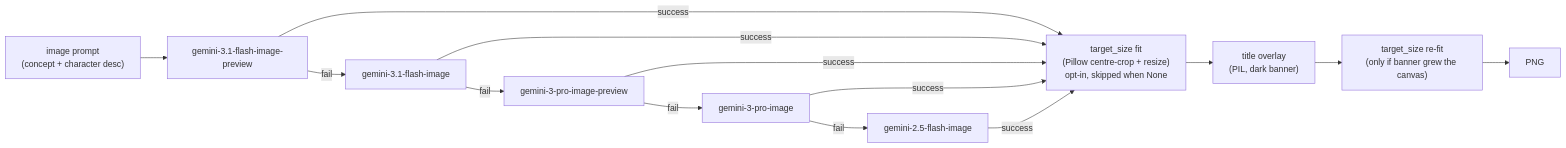
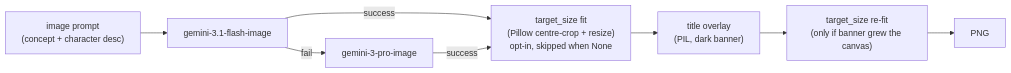
The sixth of 10 diagrams in docs/architecture.md (josemrsantos/gata), drawn with Mermaid before and after one commit. The commit also changed other lines of this file and 31 other files, not shown here.

````diff
--- a/docs/architecture.md
+++ b/docs/architecture.md
@@ -353,23 +353,17 @@
 ```mermaid
 flowchart LR
     IN["image prompt\n(concept + character desc)"]
-    M1["gemini-3.1-flash-image-preview"]
-    M2["gemini-3.1-flash-image"]
-    M3["gemini-3-pro-image-preview"]
-    M4["gemini-3-pro-image"]
-    M5["gemini-2.5-flash-image"]
+    M1["gemini-3.1-flash-image"]
+    M2["gemini-3-pro-image"]
     TS1["target_size fit\n(Pillow centre-crop + resize)\nopt-in, skipped when None"]
     TL["title overlay\n(PIL, dark banner)"]
     TS2["target_size re-fit\n(only if banner grew the canvas)"]
     OUT["PNG"]
 
     IN --> M1
     M1 -->|"fail"| M2
-    M2 -->|"fail"| M3
-    M3 -->|"fail"| M4
-    M4 -->|"fail"| M5
-    M1 & M2 & M3 & M4 & M5 -->|"success"| TS1
+    M1 & M2 -->|"success"| TS1
     TS1 --> TL
     TL --> TS2
     TS2 --> OUT
 ```
````
